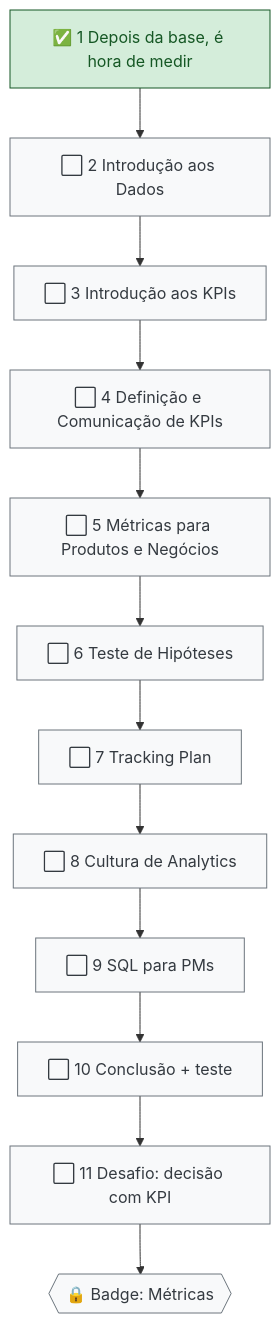
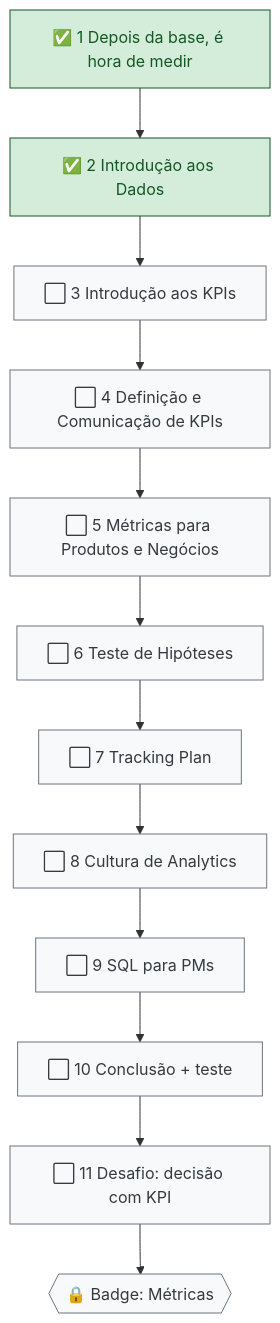
One commit to letsprown-code/po-learning-journal changed the third of 3 diagrams in mapa-de-estudos.md. Above: the diagram before and after it, drawn with Mermaid. The commit also changed other lines of this file and 5 other files, not shown here.

First line of the commit message:
DPL 02 aula 2: Introdução aos Dados (nota, imagem 5 Vs, glossário, mapa)

```diff
--- a/mapa-de-estudos.md
+++ b/mapa-de-estudos.md
@@ -104,12 +104,12 @@
 ~~~mermaid
 flowchart TD
-    N1["✅ 1 Depois da base, é hora de medir"] --> N2["⬜ 2 Introdução aos Dados"] --> N3["⬜ 3 Introdução aos KPIs"]
+    N1["✅ 1 Depois da base, é hora de medir"] --> N2["✅ 2 Introdução aos Dados"] --> N3["⬜ 3 Introdução aos KPIs"]
     N3 --> N4["⬜ 4 Definição e Comunicação de KPIs"] --> N5["⬜ 5 Métricas para Produtos e Negócios"] --> N6["⬜ 6 Teste de Hipóteses"]
     N6 --> N7["⬜ 7 Tracking Plan"] --> N8["⬜ 8 Cultura de Analytics"] --> N9["⬜ 9 SQL para PMs"]
     N9 --> N10["⬜ 10 Conclusão + teste"] --> N11["⬜ 11 Desafio: decisão com KPI"]
     N11 --> B2{{"🔒 Badge: Métricas"}}
     classDef done fill:#d4edda,stroke:#155724,color:#155724
     classDef todo fill:#f8f9fa,stroke:#6c757d,color:#343a40
-    class N1 done
-    class N2,N3,N4,N5,N6,N7,N8,N9,N10,N11,B2 todo
+    class N1,N2 done
+    class N3,N4,N5,N6,N7,N8,N9,N10,N11,B2 todo
 ~~~
```
